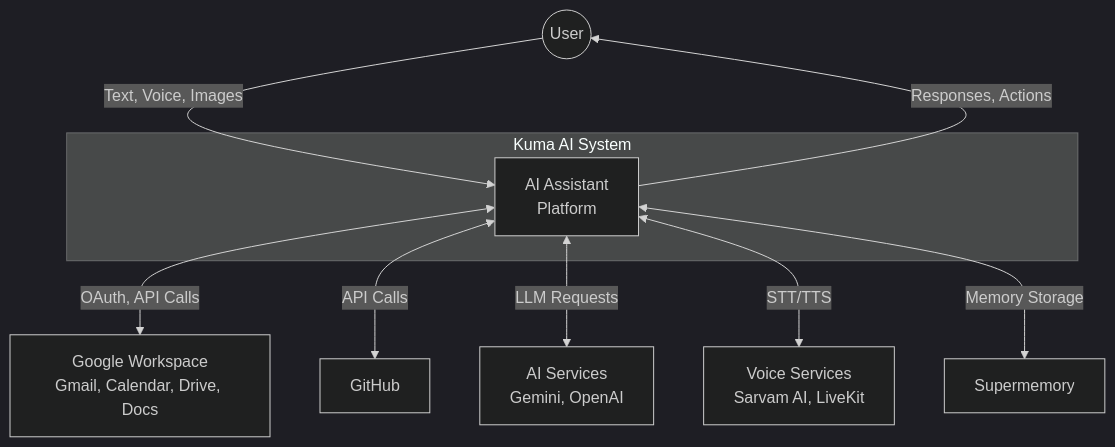
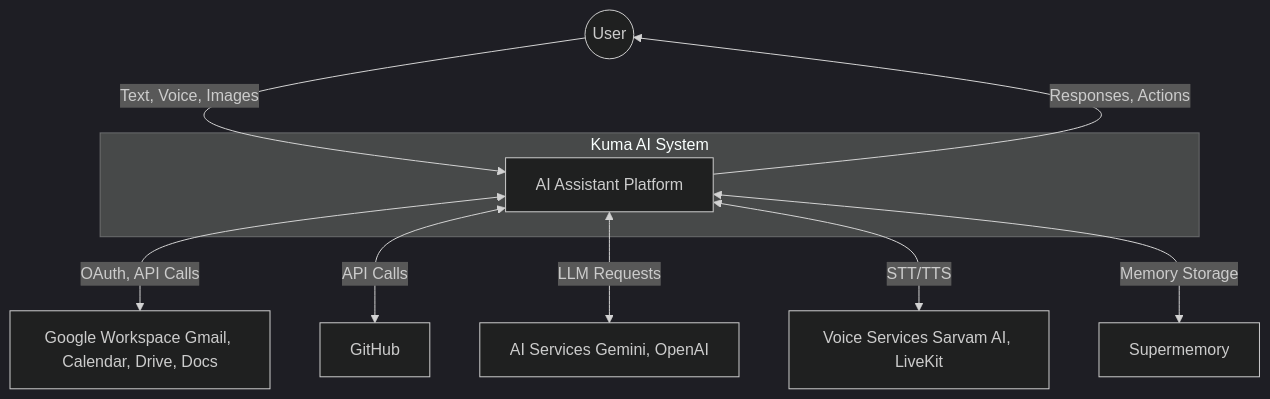
One commit to himanshuraimau/Kuma changed the fourth of 8 diagrams in docss/arch.docs.md. Above: the diagram before and after it, drawn with Mermaid (dark theme). The commit also changed other lines of this file and 3 other files, not shown here.

Commit message:
docs: Condense multi-line mermaid diagram labels to single lines for improved readability.

````diff
--- a/docss/arch.docs.md
+++ b/docss/arch.docs.md
@@ -143,23 +143,23 @@
 ```mermaid
 flowchart TB
     User((User))
     
     subgraph System["Kuma AI System"]
-        Core[AI Assistant\nPlatform]
+        Core[AI Assistant Platform]
     end
     
-    GoogleServices[Google Workspace\nGmail, Calendar, Drive, Docs]
+    GoogleServices[Google Workspace Gmail, Calendar, Drive, Docs]
     GitHub[GitHub]
-    AIAPIs[AI Services\nGemini, OpenAI]
-    VoiceServices[Voice Services\nSarvam AI, LiveKit]
+    AIAPIs[AI Services Gemini, OpenAI]
+    VoiceServices[Voice Services Sarvam AI, LiveKit]
     Memory[Supermemory]
     
     User -->|Text, Voice, Images| Core
     Core -->|Responses, Actions| User
     
     Core <-->|OAuth, API Calls| GoogleServices
     Core <-->|API Calls| GitHub
     Core <-->|LLM Requests| AIAPIs
     Core <-->|STT/TTS| VoiceServices
     Core <-->|Memory Storage| Memory
 ```
````
